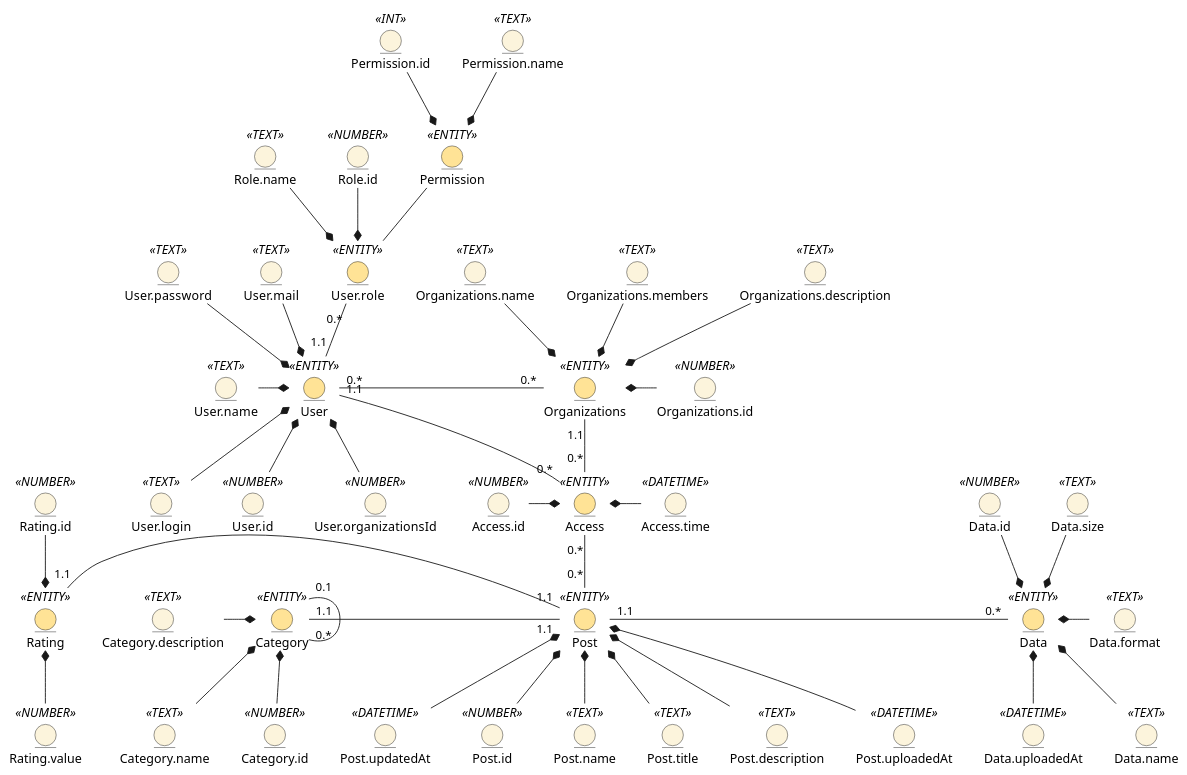
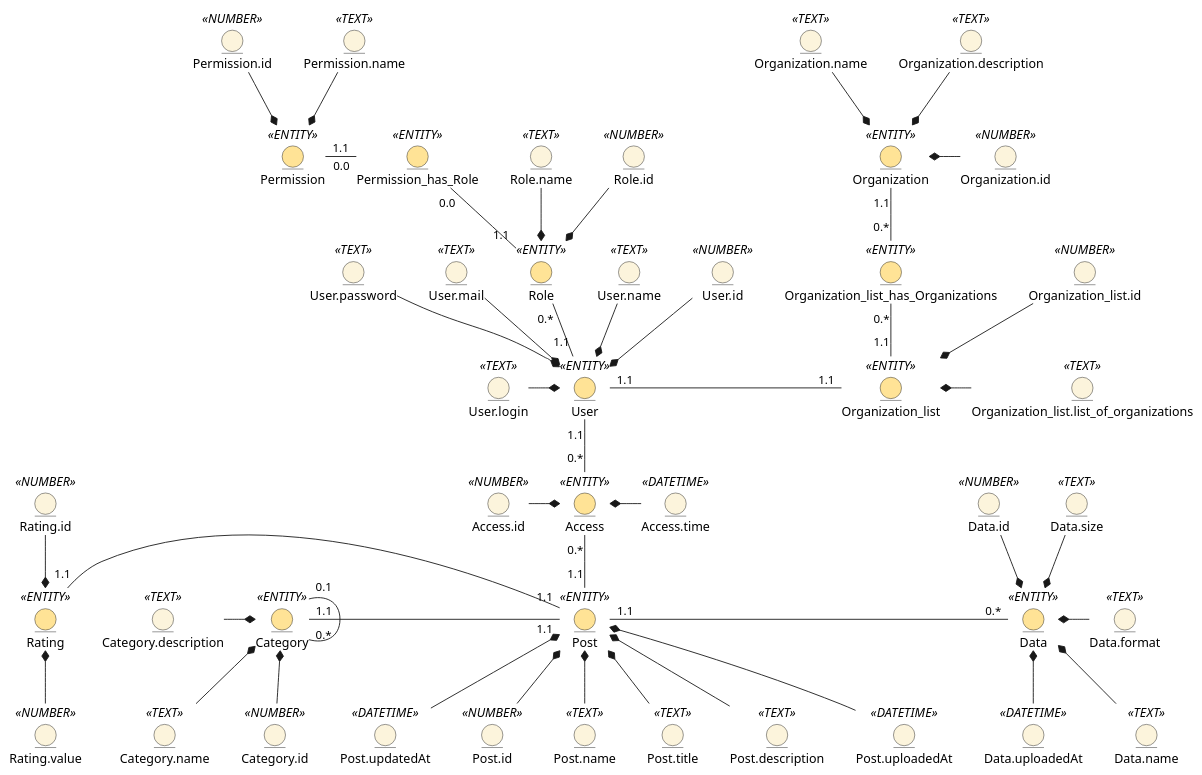
One commit to notnuff/edu_db_labs-IM-21 changed the first of 2 diagrams in docs/design/README.md. Above: the diagram before and after it, drawn with PlantUML. The commit also changed other lines of this file and 1 other file, not shown here.

Commit message:
Finalize

```diff
--- a/docs/design/README.md
+++ b/docs/design/README.md
@@ -12,51 +12,62 @@
 entity User.password <<TEXT>> #fcf4dc
 entity User.mail <<TEXT>> #fcf4dc
 entity User.login <<TEXT>> #fcf4dc
-entity User.role <<ENTITY>> #ffe396
+entity Role <<ENTITY>> #ffe396
 entity User.name <<TEXT>> #fcf4dc
 entity User.id <<NUMBER>> #fcf4dc
-entity User.organizationsId <<NUMBER>> #fcf4dc
 
 User.password -d-* User
 User.mail -d-* User
-User.login -u-* User
-User.role "0.*"--"1.1" User
-User.name -r-* User
-User.id -u-* User
-User.organizationsId -u-* User
+User.login -r-* User
+Role "0.*"--"1.1" User
+User.name -d-* User
+User.id -d-* User
 
 entity Role.name <<TEXT>> #fcf4dc
 entity Role.id <<NUMBER>> #fcf4dc
 
-Role.name -d-* User.role
-Role.id -d-* User.role
+Role.name -d-* Role
+Role.id -d-* Role
+
+entity Permission_has_Role <<ENTITY>> #ffe396
+
+Permission_has_Role "0.0"-d-"1.1" Role
 
 entity Permission <<ENTITY>> #ffe396
-entity Permission.id <<INT>> #fcf4dc
+entity Permission.id <<NUMBER>> #fcf4dc
 entity Permission.name <<TEXT>> #fcf4dc
 
-Permission -d- User.role
+Permission "1.1"-r-"0.0" Permission_has_Role
 Permission.id -d-* Permission
 Permission.name -d-* Permission
 
-entity Organizations <<ENTITY>> #ffe396
-entity Organizations.id <<NUMBER>> #fcf4dc
-entity Organizations.name <<TEXT>> #fcf4dc
-entity Organizations.members <<TEXT>> #fcf4dc
-entity Organizations.description <<TEXT>> #fcf4dc
+entity Organization <<ENTITY>> #ffe396
+entity Organization.id <<NUMBER>> #fcf4dc
+entity Organization.name <<TEXT>> #fcf4dc
+entity Organization.description <<TEXT>> #fcf4dc
 
-Organizations "0.*"-l-"0.*" User
-Organizations.id -l-* Organizations
-Organizations.name -d-* Organizations
-Organizations.members -d-* Organizations
-Organizations.description -d-* Organizations
+Organization.id -l-* Organization
+Organization.name -d-* Organization
+Organization.description -d-* Organization
+
+entity Organization_list_has_Organizations <<ENTITY>> #ffe396
+
+Organization "1.1"-d-"0.*" Organization_list_has_Organizations
+
+entity Organization_list <<ENTITY>> #ffe396
+entity Organization_list.id <<NUMBER>> #fcf4dc
+entity Organization_list.list_of_organizations <<TEXT>> #fcf4dc
+
+Organization_list_has_Organizations "0.*"-d-"1.1" Organization_list
+Organization_list.id -d-* Organization_list
+Organization_list.list_of_organizations -l-* Organization_list
+Organization_list "1.1"-l-"1.1" User
 
 entity Access <<ENTITY>> #ffe396
 entity Access.id <<NUMBER>> #fcf4dc
 entity Access.time <<DATETIME>> #fcf4dc
 
 User "1.1"-d-"0.*" Access
-Organizations "1.1"-d-"0.*" Access
 Access.id -r-* Access
 Access.time -l-* Access
 
@@ -68,7 +79,7 @@
 entity Post.uploadedAt <<DATETIME>> #fcf4dc
 entity Post.updatedAt <<DATETIME>> #fcf4dc
 
-Access "0.*"-d-"0.*" Post
+Access "0.*"-d-"1.1" Post
 
 Post.id -u-* Post
 Post.name -u-* Post
```
